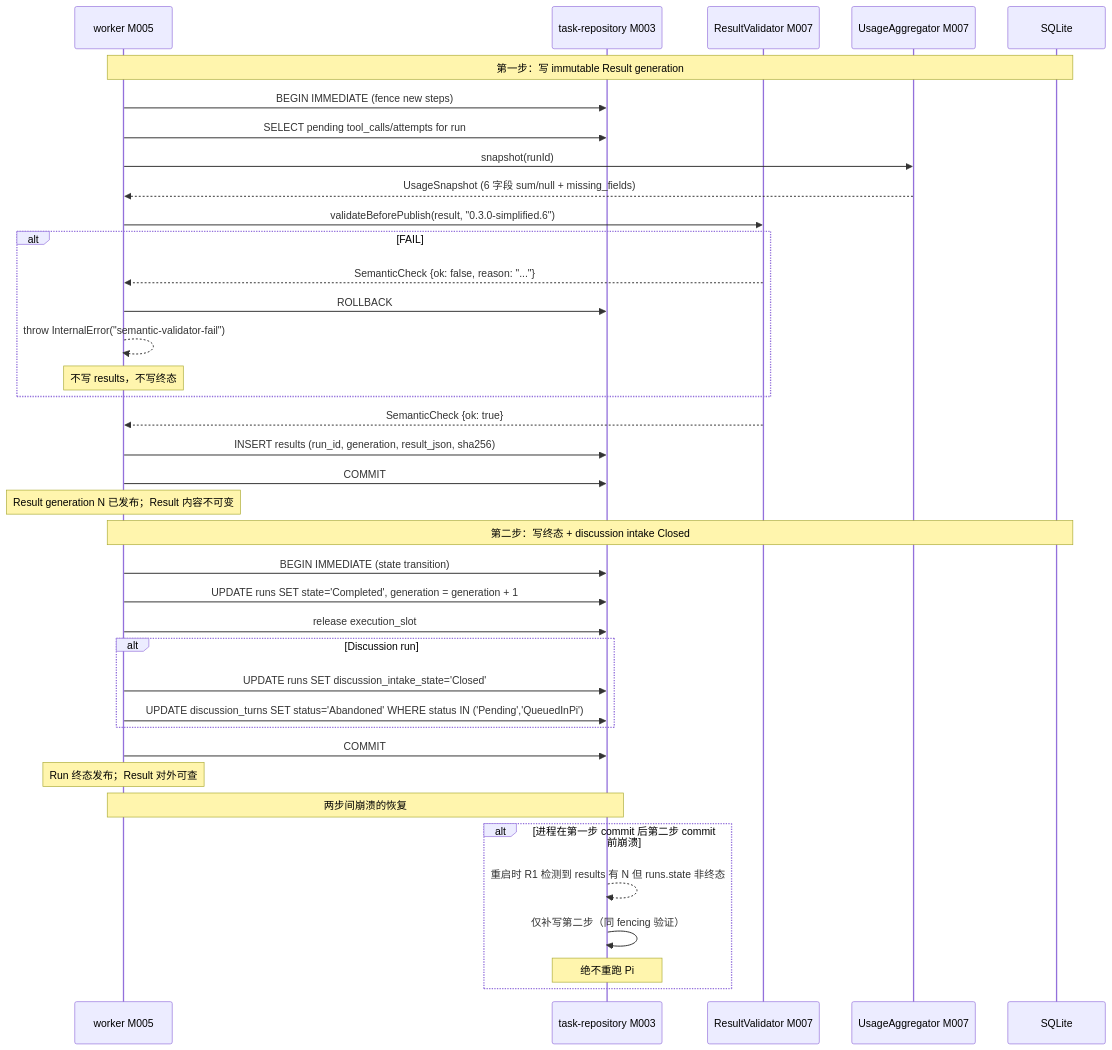
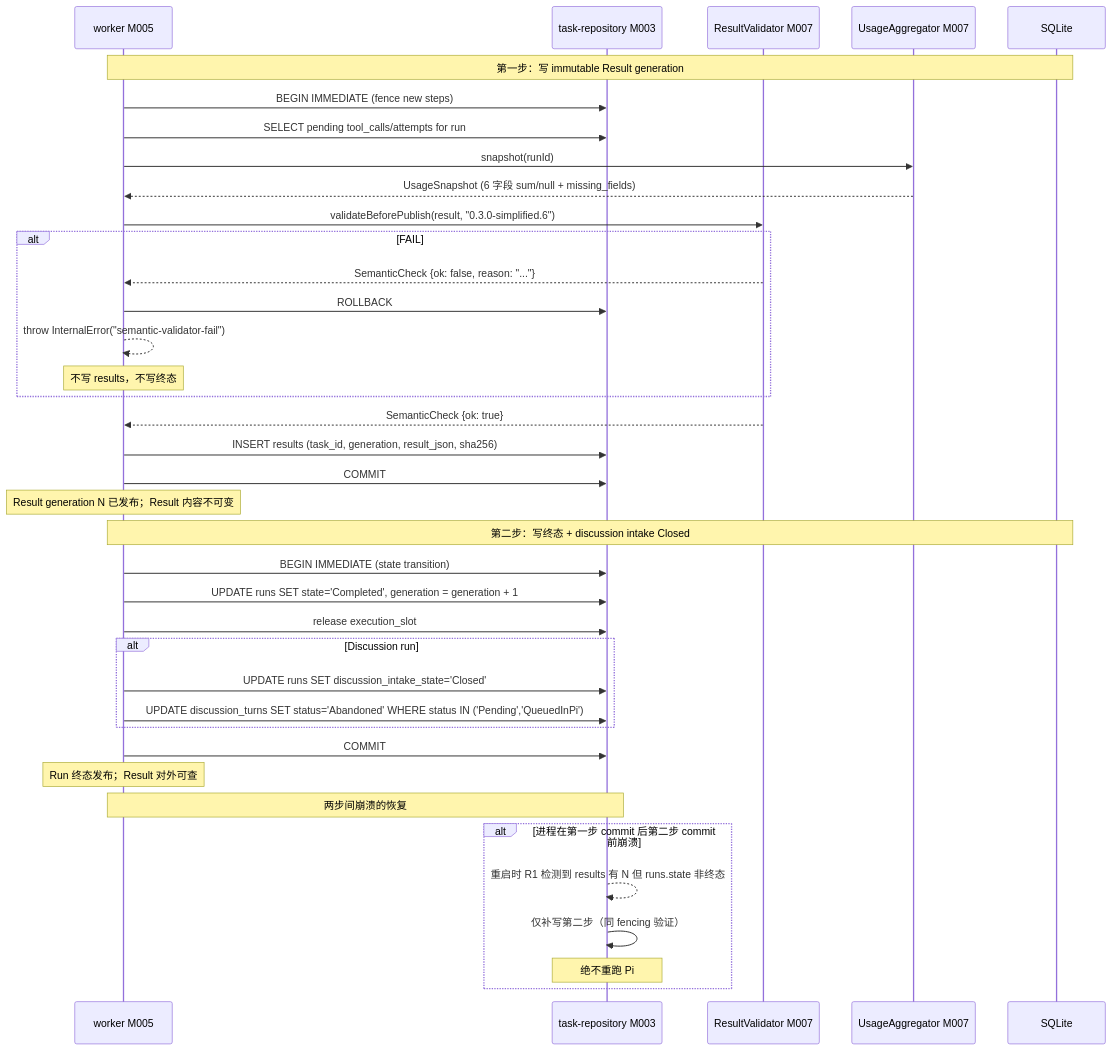
Before and after one commit to corezilla/piko: the seventh of 10 diagrams in docs/20_system_design/piko-system-design.md, drawn with Mermaid. The commit also changed other lines of this file and 22 other files, not shown here.

````diff
--- a/docs/20_system_design/piko-system-design.md
+++ b/docs/20_system_design/piko-system-design.md
@@ -518,43 +575,43 @@
 ```mermaid
 sequenceDiagram
   participant W as worker M005
   participant R as task-repository M003
   participant V as ResultValidator M007
   participant U as UsageAggregator M007
   participant FS as SQLite
 
   Note over W,FS: 第一步：写 immutable Result generation
   W->>R: BEGIN IMMEDIATE (fence new steps)
   W->>R: SELECT pending tool_calls/attempts for run
   W->>U: snapshot(runId)
   U-->>W: UsageSnapshot (6 字段 sum/null + missing_fields)
   W->>V: validateBeforePublish(result, "0.3.0-simplified.6")
   alt FAIL
     V-->>W: SemanticCheck {ok: false, reason: "..."}
     W->>R: ROLLBACK
     W-->>W: throw InternalError("semantic-validator-fail")
     Note over W: 不写 results，不写终态
   end
   V-->>W: SemanticCheck {ok: true}
-  W->>R: INSERT results (run_id, generation, result_json, sha256)
+  W->>R: INSERT results (task_id, generation, result_json, sha256)
   W->>R: COMMIT
   Note over W: Result generation N 已发布；Result 内容不可变
 
   Note over W,FS: 第二步：写终态 + discussion intake Closed
   W->>R: BEGIN IMMEDIATE (state transition)
   W->>R: UPDATE runs SET state='Completed', generation = generation + 1
   W->>R: release execution_slot
   alt Discussion run
     W->>R: UPDATE runs SET discussion_intake_state='Closed'
     W->>R: UPDATE discussion_turns SET status='Abandoned' WHERE status IN ('Pending','QueuedInPi')
   end
   W->>R: COMMIT
   Note over W: Run 终态发布；Result 对外可查
 
   Note over W,R: 两步间崩溃的恢复
   alt 进程在第一步 commit 后第二步 commit 前崩溃
     R-->>R: 重启时 R1 检测到 results 有 N 但 runs.state 非终态
     R->>R: 仅补写第二步（同 fencing 验证）
     Note over R: 绝不重跑 Pi
   end
 ```
````
